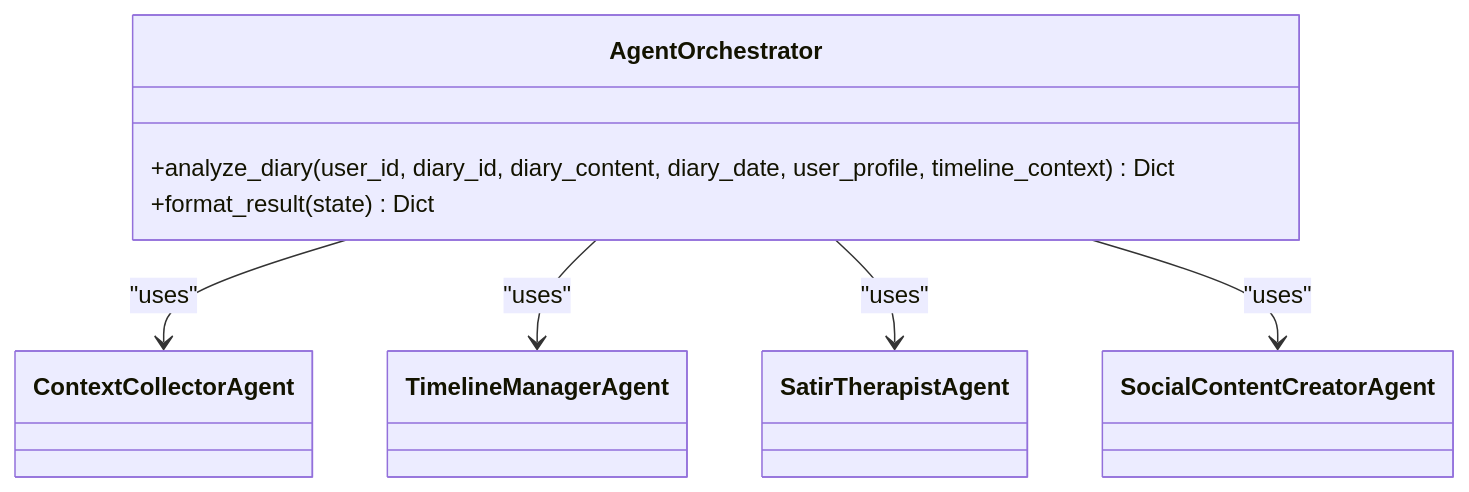
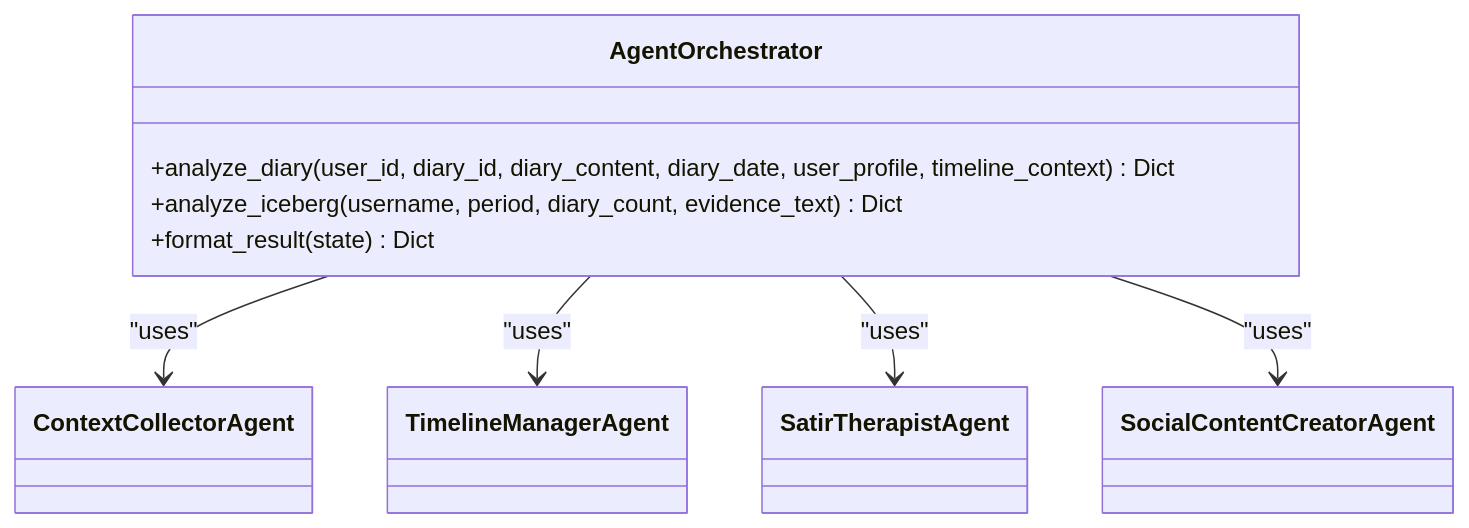
Before and after one commit to rainRise/aidiary: the third of 4 diagrams in .qoder/repowiki/en/content/AI and Machine Learning/Multi-Agent System/Agent Orchestrator.md, drawn with Mermaid. The commit also changed other lines of this file and 21 other files, not shown here.

````diff
--- a/.qoder/repowiki/en/content/AI and Machine Learning/Multi-Agent System/Agent Orchestrator.md
+++ b/.qoder/repowiki/en/content/AI and Machine Learning/Multi-Agent System/Agent Orchestrator.md
@@ -163,15 +195,16 @@
 ```mermaid
 classDiagram
 class AgentOrchestrator {
 +analyze_diary(user_id, diary_id, diary_content, diary_date, user_profile, timeline_context) Dict
++analyze_iceberg(username, period, diary_count, evidence_text) Dict
 +format_result(state) Dict
 }
 class ContextCollectorAgent
 class TimelineManagerAgent
 class SatirTherapistAgent
 class SocialContentCreatorAgent
 AgentOrchestrator --> ContextCollectorAgent : "uses"
 AgentOrchestrator --> TimelineManagerAgent : "uses"
 AgentOrchestrator --> SatirTherapistAgent : "uses"
 AgentOrchestrator --> SocialContentCreatorAgent : "uses"
 ```
````
